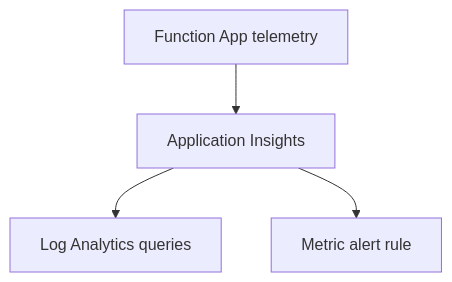
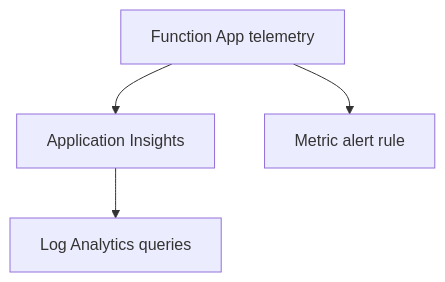
The second of 2 diagrams in docs/language-guides/python/tutorial/dedicated/04-logging-monitoring.md (yeongseon/azure-functions-practical-guide), drawn with Mermaid before and after one commit. The commit also changed other lines of this file and 4 other files, not shown here.

First line of the commit message:
docs(diagrams): clarify Python logging and monitoring tutorial figures (#550)

````diff
--- a/docs/language-guides/python/tutorial/dedicated/04-logging-monitoring.md
+++ b/docs/language-guides/python/tutorial/dedicated/04-logging-monitoring.md
@@ -121,6 +165,8 @@
 ```mermaid
 flowchart TD
+    accTitle: Python Dedicated monitoring verification
+    accDescr: Configured Application Insights supports telemetry analysis. The metric alert is associated with the Function App because Step 6 scopes Http5xx to that resource, not Application Insights. These are monitoring associations, not network transit.
     A[Function App telemetry] --> B[Application Insights]
     B --> C[Log Analytics queries]
-    B --> D[Metric alert rule]
+    A --> D[Metric alert rule]
 ```
````
